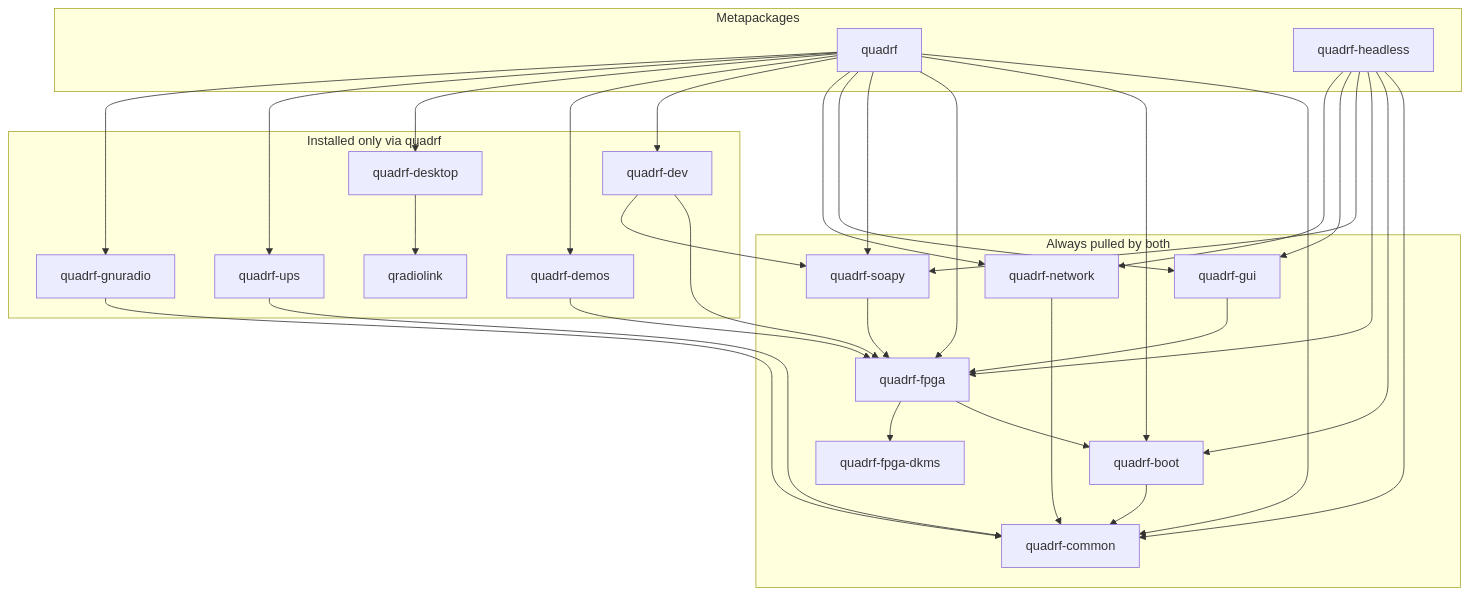
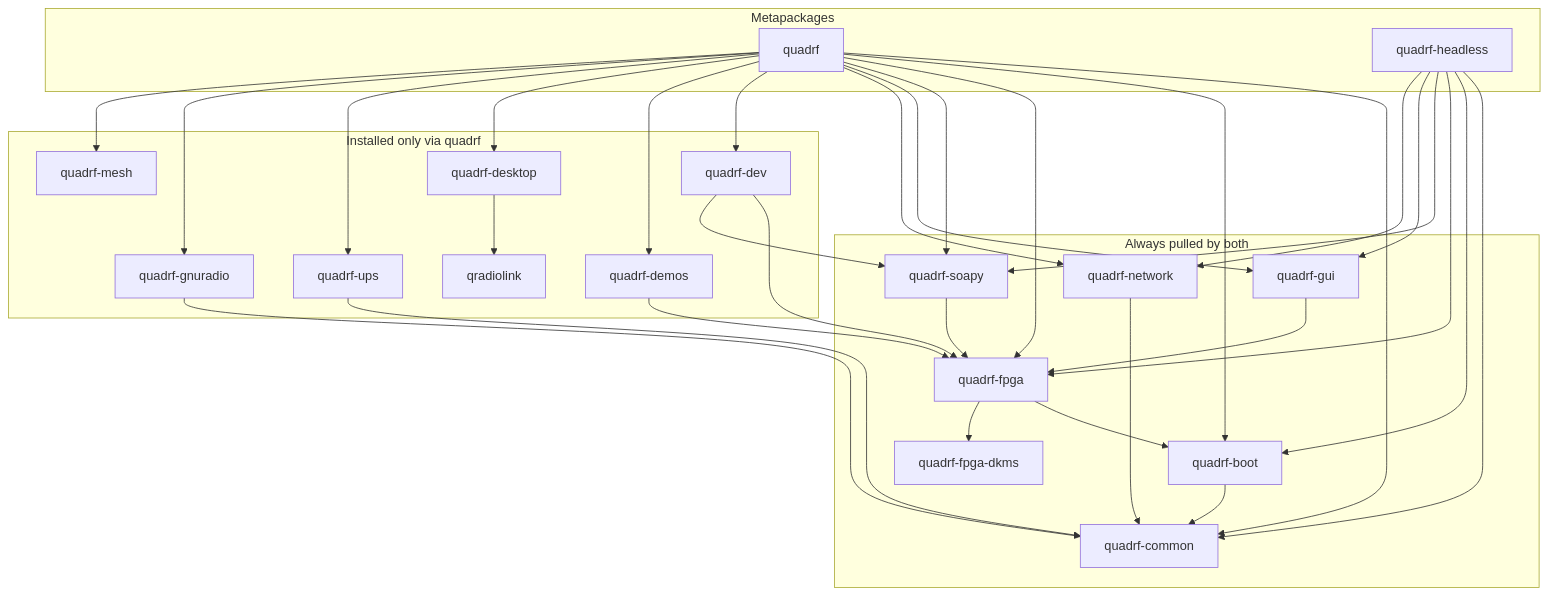
The second of 2 diagrams in docs/overview.md (ScaleRF/QuadRF), drawn with Mermaid before and after one commit. The commit also changed other lines of this file and 12 other files, not shown here.

Commit message:
debian: Add quadrf-mesh as a default metapackage

````diff
--- a/docs/overview.md
+++ b/docs/overview.md
@@ -66,40 +69,41 @@
 ```mermaid
 flowchart TB
   subgraph metas["Metapackages"]
     FULL["quadrf"]
     HEAD["quadrf-headless"]
   end
 
   subgraph core["Always pulled by both"]
     COMMON["quadrf-common"]
     BOOT["quadrf-boot"]
     FPGA["quadrf-fpga"]
     DKMS["quadrf-fpga-dkms"]
     SOAPY["quadrf-soapy"]
     GUI["quadrf-gui"]
     NET["quadrf-network"]
   end
 
   subgraph full_only["Installed only via quadrf"]
     DEV["quadrf-dev"]
     DEMOS["quadrf-demos"]
     DESK["quadrf-desktop"]
     UPS["quadrf-ups"]
     GRC["quadrf-gnuradio"]
+    MESH["quadrf-mesh"]
     QRL["qradiolink"]
   end
 
-  FULL --> COMMON & BOOT & FPGA & SOAPY & GUI & NET & DEV & DEMOS & DESK & UPS & GRC
+  FULL --> COMMON & BOOT & FPGA & SOAPY & GUI & NET & DEV & DEMOS & DESK & UPS & GRC & MESH
   HEAD --> COMMON & BOOT & FPGA & SOAPY & GUI & NET
 
   BOOT --> COMMON
   FPGA --> BOOT & DKMS
   SOAPY --> FPGA
   GUI --> FPGA
   DEV --> FPGA & SOAPY
   DEMOS --> FPGA
   DESK --> QRL
   NET --> COMMON
   UPS --> COMMON
   GRC --> COMMON
 ```
````
